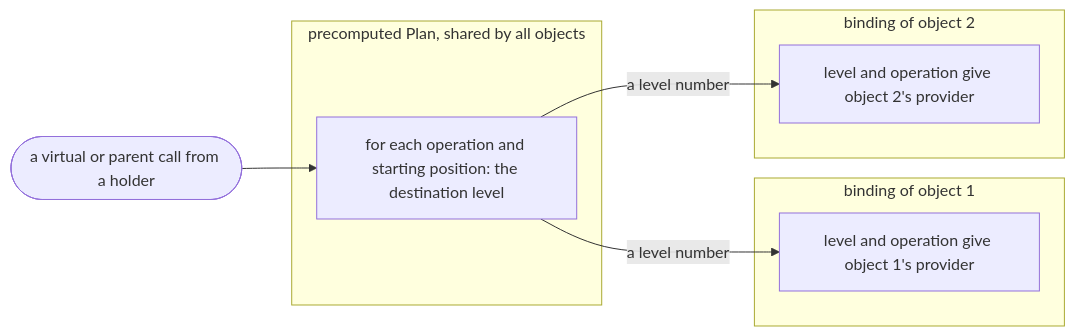
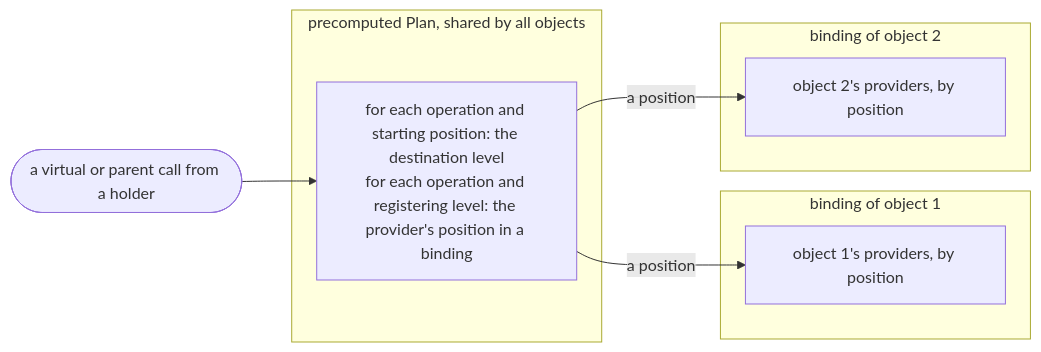
Before and after one commit to lucaf/heiry: the fourth of 5 diagrams in docs/user/guide.md, drawn with Mermaid. The commit also changed other lines of this file and 32 other files, not shown here.

````diff
--- a/docs/user/guide.md
+++ b/docs/user/guide.md
@@ -282,15 +282,15 @@
 ```mermaid
 flowchart LR
     subgraph shared["precomputed Plan, shared by all objects"]
-        table["for each operation and starting position: the destination level"]
+        table["for each operation and starting position: the destination level<br/>for each operation and registering level: the provider's position in a binding"]
     end
     subgraph one["binding of object 1"]
-        r1["level and operation give object 1's provider"]
+        r1["object 1's providers, by position"]
     end
     subgraph two["binding of object 2"]
-        r2["level and operation give object 2's provider"]
+        r2["object 2's providers, by position"]
     end
     call(["a virtual or parent call from a holder"]) --> table
-    table -- "a level number" --> r1
-    table -- "a level number" --> r2
+    table -- "a position" --> r1
+    table -- "a position" --> r2
 ```
````
